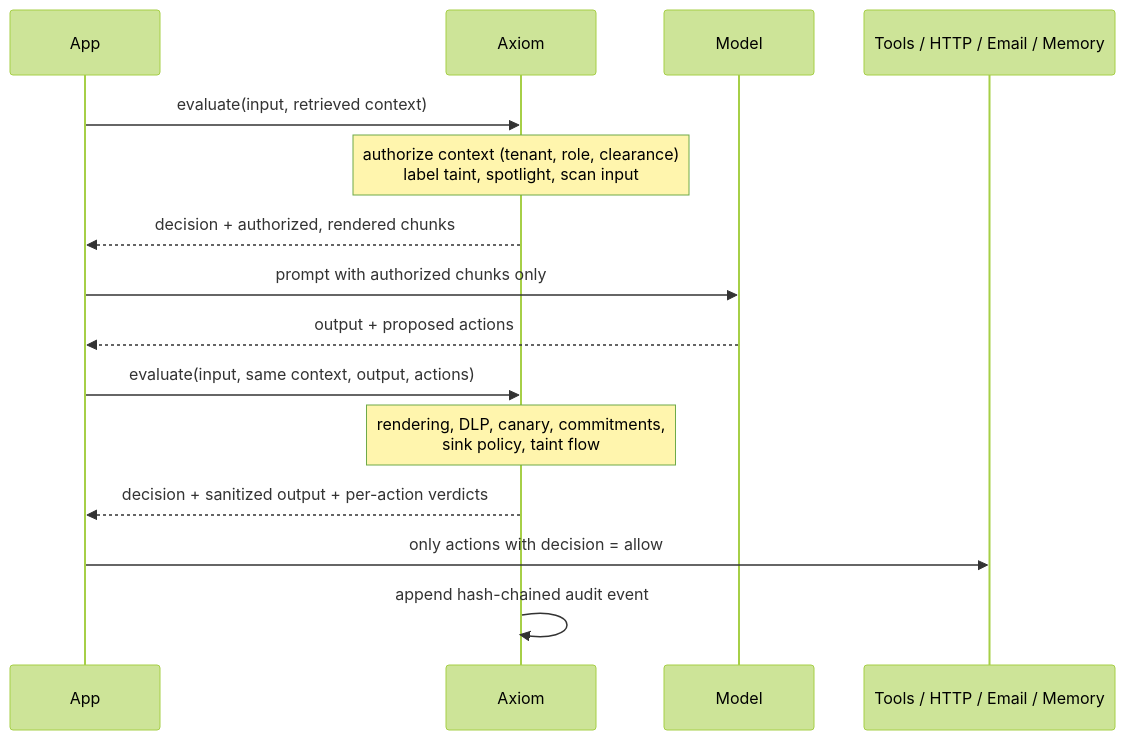
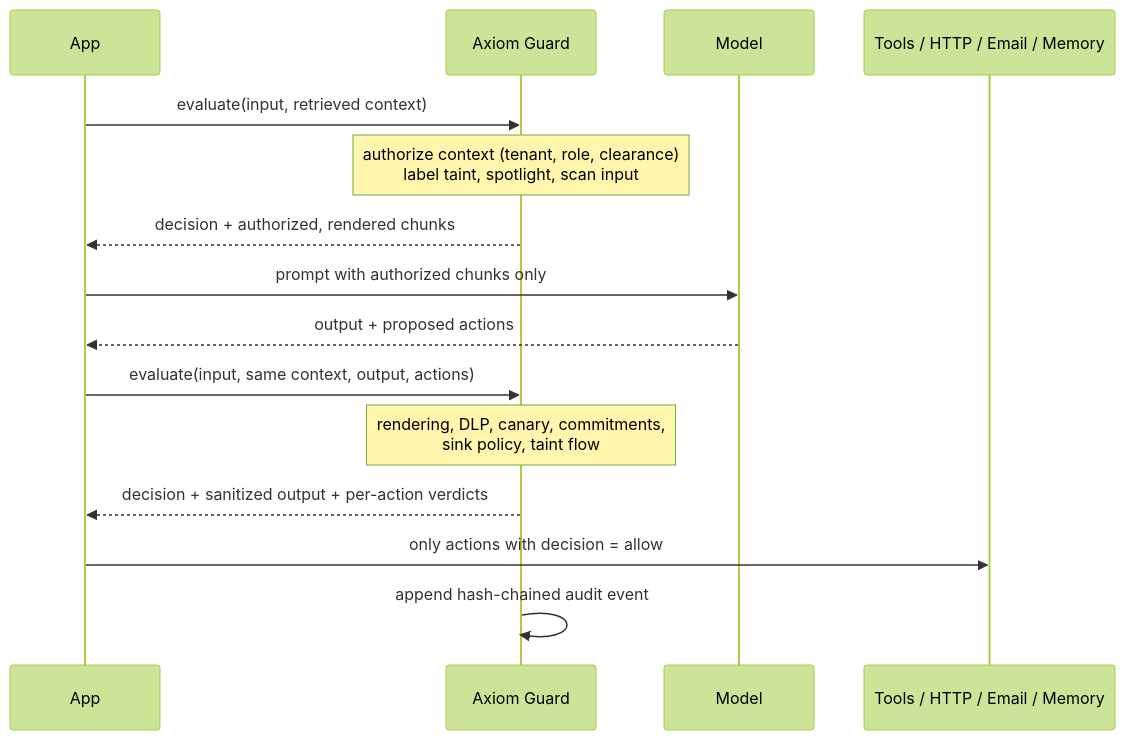
The diagram in docs/architecture.md (zoniin/axiom), drawn with Mermaid (forest theme) before and after one commit. The commit also changed other lines of this file and 4 other files, not shown here.

First line of the commit message:
docs: use the Axiom Guard name in architecture, threat model and examples

````diff
--- a/docs/architecture.md
+++ b/docs/architecture.md
@@ -12,18 +12,18 @@
 ```mermaid
 sequenceDiagram
   participant App
-  participant Axiom
+  participant Axiom as Axiom Guard
   participant Model
   participant Sinks as Tools / HTTP / Email / Memory
 
   App->>Axiom: evaluate(input, retrieved context)
   Note over Axiom: authorize context (tenant, role, clearance)<br/>label taint, spotlight, scan input
   Axiom-->>App: decision + authorized, rendered chunks
   App->>Model: prompt with authorized chunks only
   Model-->>App: output + proposed actions
   App->>Axiom: evaluate(input, same context, output, actions)
   Note over Axiom: rendering, DLP, canary, commitments,<br/>sink policy, taint flow
   Axiom-->>App: decision + sanitized output + per-action verdicts
   App->>Sinks: only actions with decision = allow
   Axiom->>Axiom: append hash-chained audit event
 ```
````
